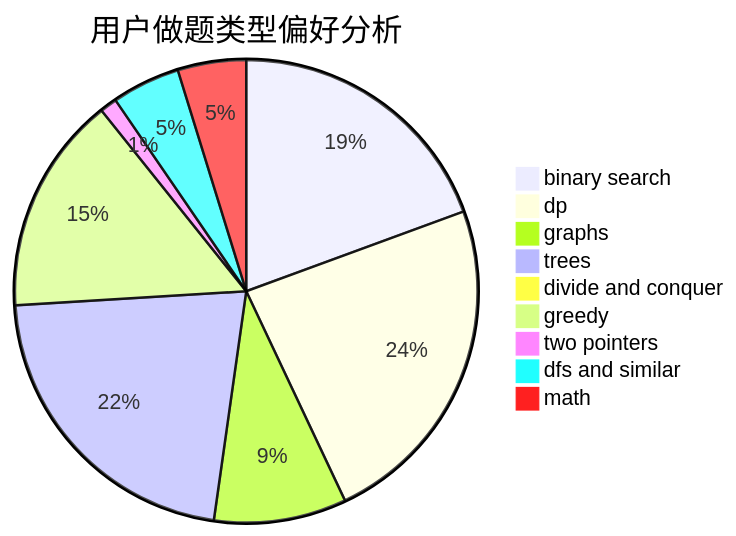
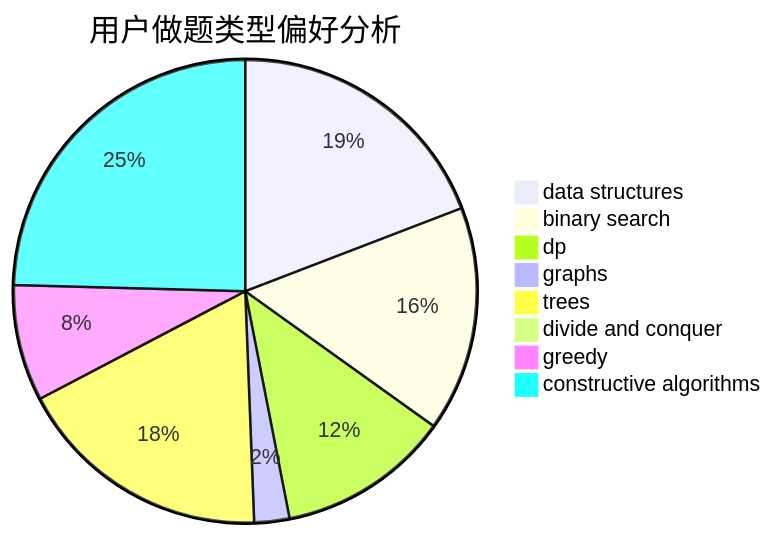
One commit to sherpahu/cfrs.github.io changed the second of 3 diagrams in docs/user/u1486.md. Above: the diagram before and after it, drawn with Mermaid. The commit also changed other lines of this file and 2775 other files, not shown here.

````diff
--- a/docs/user/u1486.md
+++ b/docs/user/u1486.md
@@ -23,12 +23,11 @@
 ```mermaid
 pie title 用户做题类型偏好分析
-    "binary search" :  65
-    "dp" :  79
-    "graphs" :  31
+    "data structures" :  78
+    "binary search" :  64
+    "dp" :  49
+    "graphs" :  10
     "trees" :  73
     "divide and conquer" :  0
-    "greedy" :  51
-    "two pointers" :  4
-    "dfs and similar" :  16
-    "math" :  16
+    "greedy" :  33
+    "constructive algorithms" :  100
 ```
````
